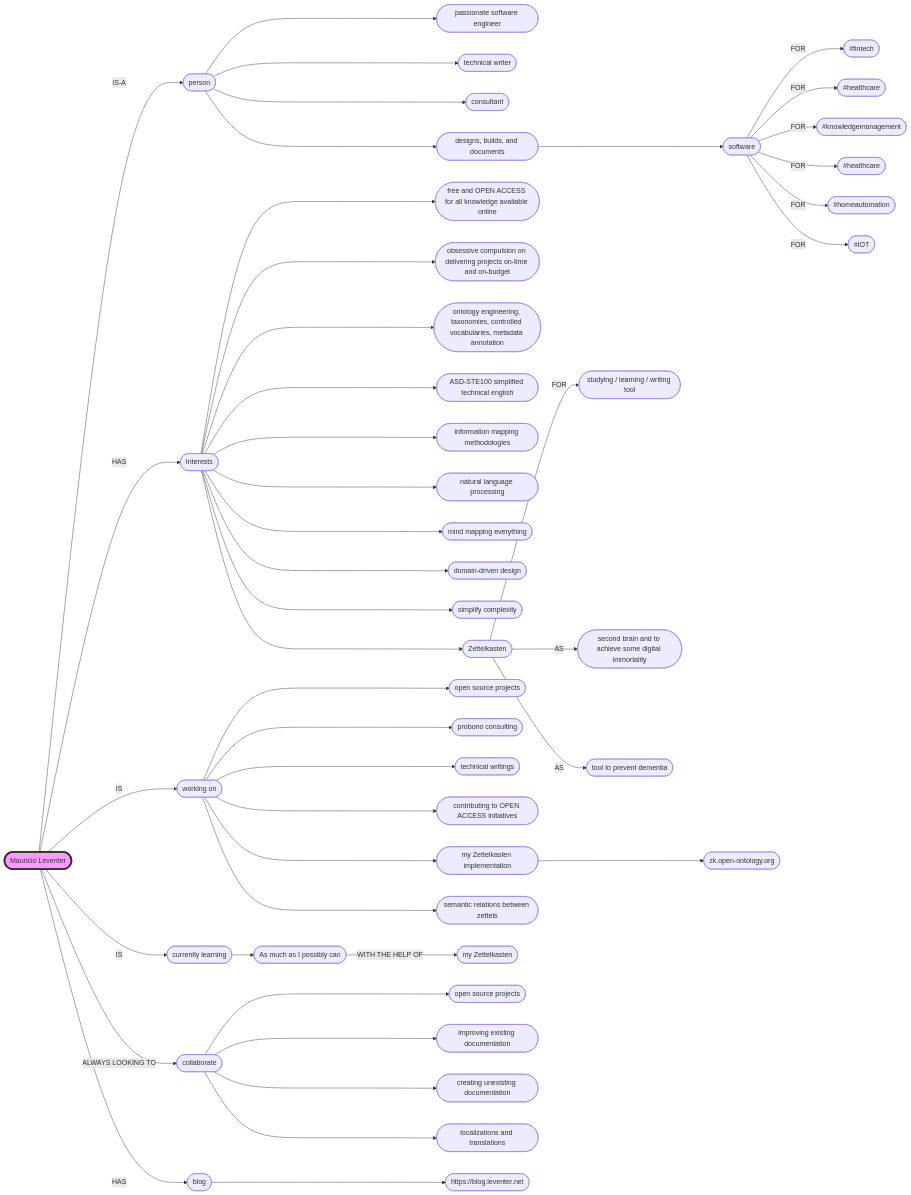
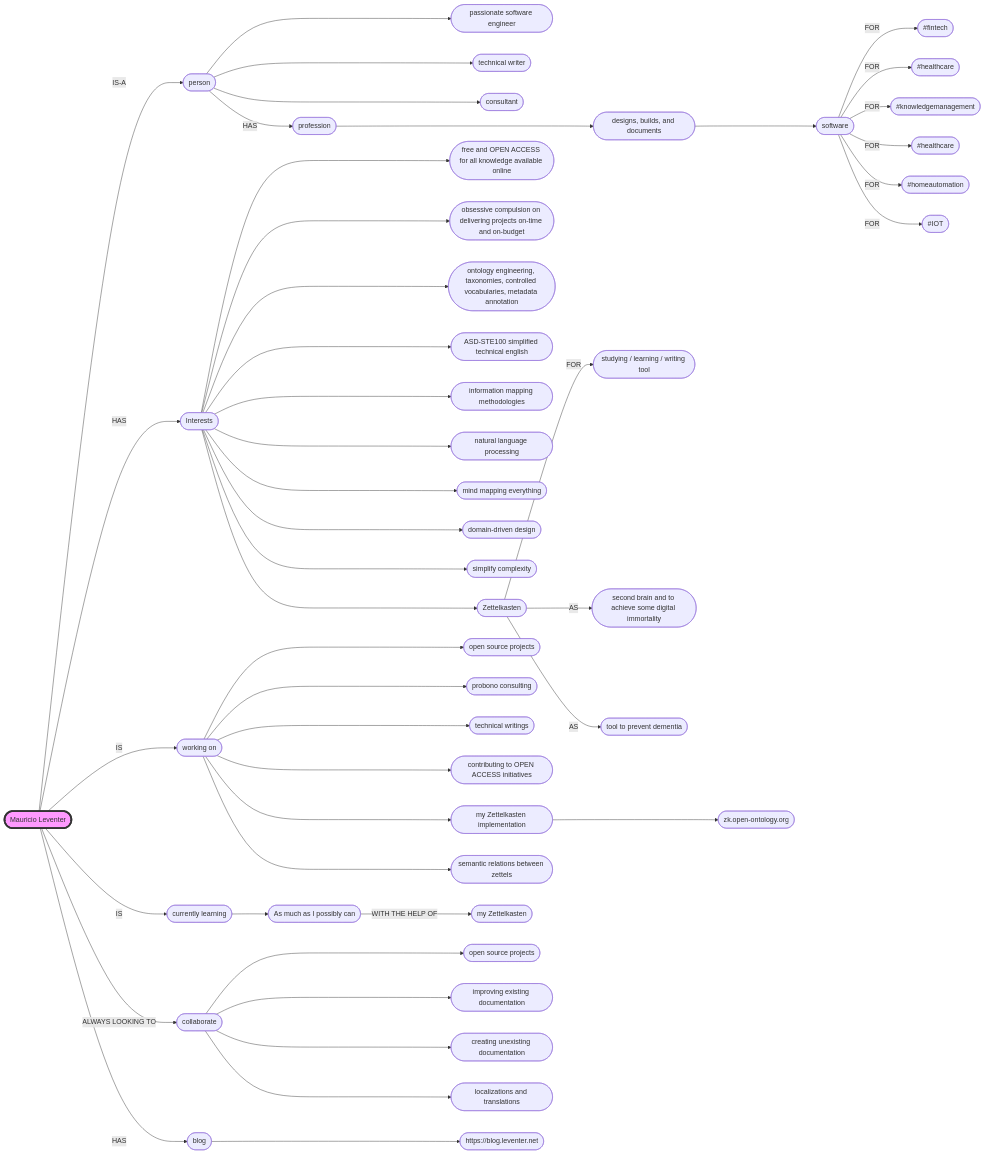
The diagram in README.md (mleventer/mleventer), drawn with Mermaid before and after one commit.

````diff
--- a/README.md
+++ b/README.md
@@ -4,48 +4,49 @@
 ```mermaid
 flowchart LR
     A([Mauricio Leventer]) -->|IS-A| A1([person])
     A1 ---> A2([passionate software engineer])
     A1 ---> A3([technical writer])
     A1 ---> A4([consultant])
-    A1 ---> A5([designs, builds, and documents])
+    A1 -->|HAS| AA([profession])
+    AA ---> A5([designs, builds, and documents])
     A5 ---> A6([software])
     A6 -->|FOR| A7([#fintech])
     A6 -->|FOR| A8([#healthcare])
     A6 -->|FOR| A9([#knowledgemanagement])
     A6 -->|FOR| A10([#healthcare])
     A6 -->|FOR| A11([#homeautomation])
     A6 -->|FOR| A12([#IOT])    
     A -->|HAS| B([Interests])
     B ---> I1([free and OPEN ACCESS for all knowledge available online])
     B ---> I2([obsessive compulsion on delivering projects on-time and on-budget])
     B ---> I3([ontology engineering, taxonomies, controlled vocabularies, metadata annotation])
     B ---> I4([ASD-STE100 simplified technical english])
     B ---> I5([information mapping methodologies])
     B ---> I6([natural language processing])
     B ---> I7([mind mapping everything]) 
     B ---> I8([domain-driven design]) 
     B ---> I9([simplify complexity]) 
     B ---> J([Zettelkasten])
     J -->|FOR| J1([studying / learning / writing tool]) 
     J -->|AS| J2([second brain and to achieve some digital immortality]) 
     J -->|AS| J3([tool to prevent dementia])
     A -->|IS| C([working on])
     C ---> C1([open source projects])
     C ---> C2([probono consulting])
     C ---> C3([technical writings])
     C ---> C4([contributing to OPEN ACCESS initiatives])
     C ---> H([my Zettelkasten implementation])
     H ---> H1([zk.open-ontology.org])
     C ---> H2([semantic relations between zettels])
     A -->|IS| D([currently learning])
     D --> D1([As much as I possibly can])
     D1 -->|WITH THE HELP OF| D2([my Zettelkasten])
     A -->|ALWAYS LOOKING TO|E([collaborate])
     E ---> E1([open source projects])
     E ---> E2([improving existing documentation])
     E ---> E3([creating unexisting documentation])
     E ---> E4([localizations and translations])
     A -->|HAS| F([blog])
     F ---> F1([https://blog.leventer.net])
     style A fill:#f9f,stroke:#333,stroke-width:4px
 ```
````
